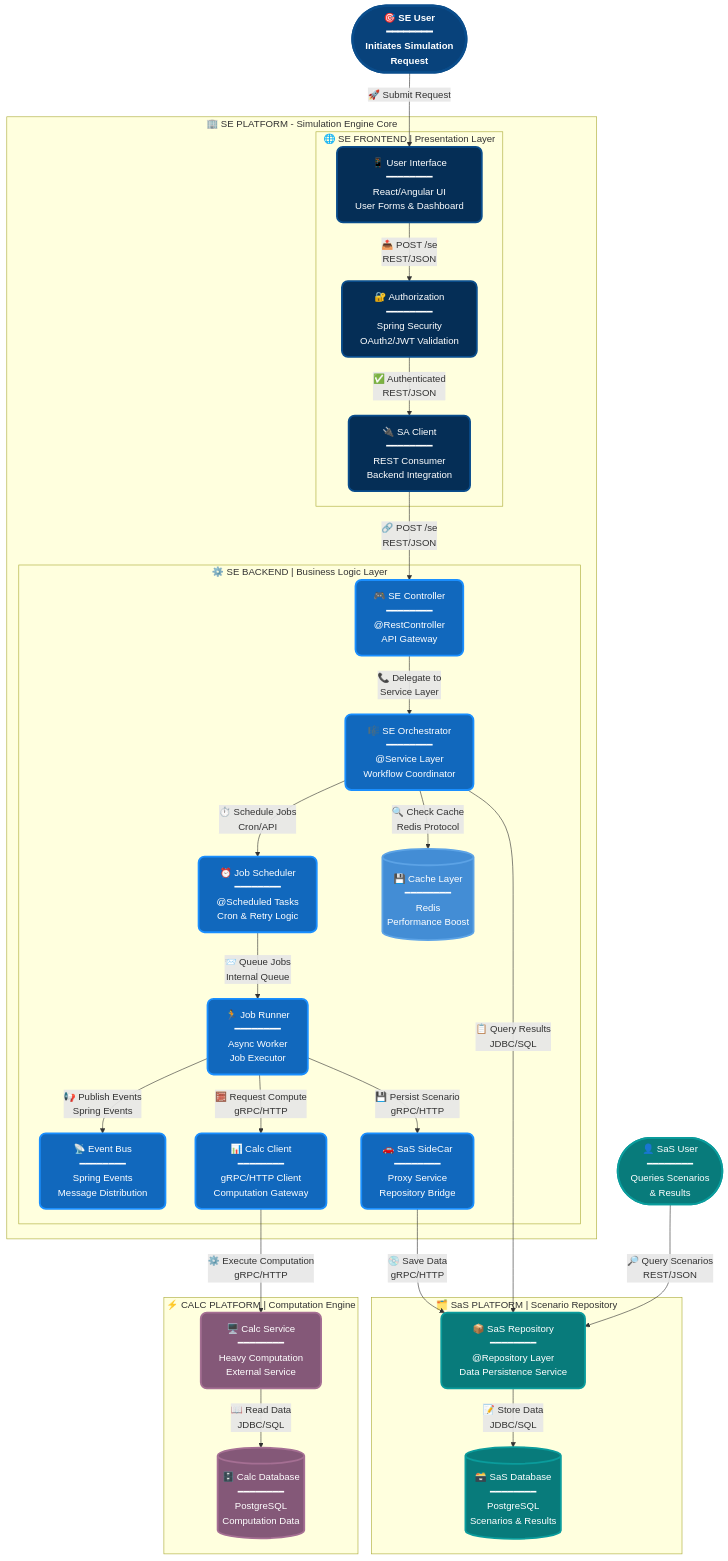
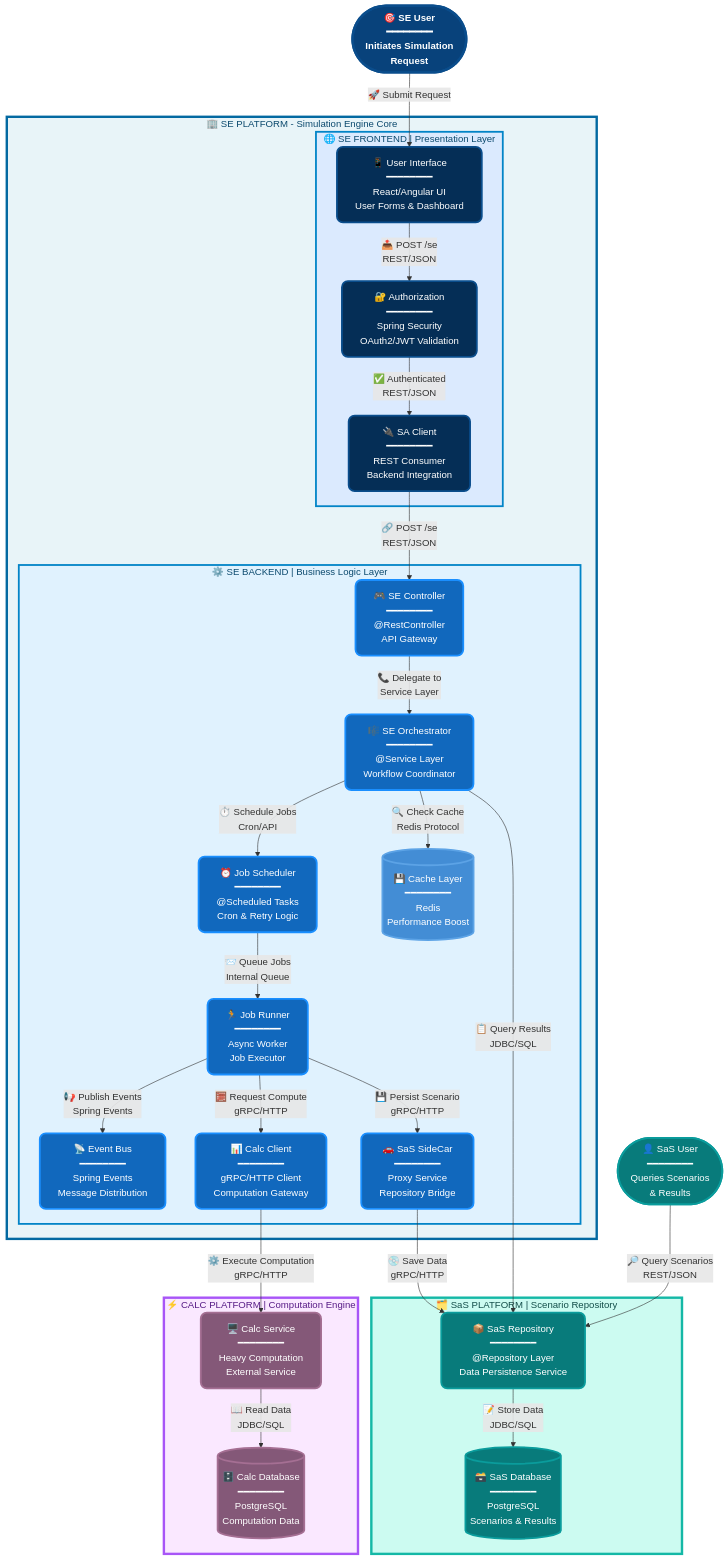
Before and after one commit to tijapavicic/chronos: the diagram in docs/mermaid/se-flow-lvl-2.mmd, drawn with Mermaid. The commit also changed 3 other files, not shown here.

Commit message:
change subgraph background in mermaid flow diagram

```diff
--- a/docs/mermaid/se-flow-lvl-2.mmd
+++ b/docs/mermaid/se-flow-lvl-2.mmd
@@ -1,94 +1,104 @@
 flowchart TB
 %% ============================================================================
 %% SE PLATFORM ARCHITECTURE - LEVEL 2 DETAILED VIEW
 %% ============================================================================
 %% Modern, professional styling with enhanced visual hierarchy
 %% ============================================================================
 
 %% Define professional color palette with gradients and shadows
     classDef frontendPallete fill:#052E56,stroke:#0a4d8c,stroke-width:3px,color:#fff,stroke-dasharray:0,rx:10,ry:10
     classDef personSe fill:#08427b,stroke:#0a4d8c,stroke-width:4px,color:#fff,rx:15,ry:15,font-weight:bold
     classDef sasPallete fill:#087b7b,stroke:#0a9c9c,stroke-width:3px,color:#fff,rx:10,ry:10
     classDef container fill:#1168bd,stroke:#1a8fff,stroke-width:3px,color:#fff,rx:10,ry:10
     classDef database fill:#438dd5,stroke:#5ca3e6,stroke-width:3px,color:#fff,rx:10,ry:10
     classDef external fill:#845878,stroke:#a56f93,stroke-width:3px,color:#fff,rx:10,ry:10
     classDef platformBox fill:#f8f9fa,stroke:#495057,stroke-width:4px,color:#212529,rx:15,ry:15
     classDef sectionBox fill:#e9ecef,stroke:#6c757d,stroke-width:3px,color:#212529,rx:12,ry:12
 
 %% ============================================================================
 %% ACTORS & USERS
 %% ============================================================================
     user([🎯 SE User<br/>━━━━━━━━<br/>Initiates Simulation<br/>Request]):::personSe
 %% ============================================================================
 %% SE PLATFORM - INTERNAL ARCHITECTURE
 %% ============================================================================
     subgraph sePlatform["🏢 SE PLATFORM - Simulation Engine Core"]
 
         subgraph seFrontend["🌐 SE FRONTEND | Presentation Layer"]
             UI["📱 User Interface<br/>━━━━━━━━<br/>React/Angular UI<br/>User Forms & Dashboard"]:::frontendPallete
             authZ["🔐 Authorization<br/>━━━━━━━━<br/>Spring Security<br/>OAuth2/JWT Validation"]:::frontendPallete
             saClient["🔌 SA Client<br/>━━━━━━━━<br/>REST Consumer<br/>Backend Integration"]:::frontendPallete
         end
 
         subgraph seBackend["⚙️ SE BACKEND | Business Logic Layer"]
             apiController["🎮 SE Controller<br/>━━━━━━━━<br/>@RestController<br/>API Gateway"]:::container
             orchestrator["🎼 SE Orchestrator<br/>━━━━━━━━<br/>@Service Layer<br/>Workflow Coordinator"]:::container
             jobScheduler["⏰ Job Scheduler<br/>━━━━━━━━<br/>@Scheduled Tasks<br/>Cron & Retry Logic"]:::container
             jobRunner["🏃 Job Runner<br/>━━━━━━━━<br/>Async Worker<br/>Job Executor"]:::container
             calcClient["📊 Calc Client<br/>━━━━━━━━<br/>gRPC/HTTP Client<br/>Computation Gateway"]:::container
             sasSideCar["🚗 SaS SideCar<br/>━━━━━━━━<br/>Proxy Service<br/>Repository Bridge"]:::container
             eventBus["📡 Event Bus<br/>━━━━━━━━<br/>Spring Events<br/>Message Distribution"]:::container
             cache[("💾 Cache Layer<br/>━━━━━━━━<br/>Redis<br/>Performance Boost")]:::database
         end
     end
 
+%% Apply custom subgraph styling
+    style sePlatform fill:#e8f4f8,stroke:#0369a1,stroke-width:4px,color:#0c4a6e
+    style seFrontend fill:#dbeafe,stroke:#0284c7,stroke-width:3px,color:#0c4a6e
+    style seBackend fill:#e0f2fe,stroke:#0284c7,stroke-width:3px,color:#0c4a6e
 
 %% ============================================================================
 %% EXTERNAL SYSTEMS - CALC PLATFORM
 %% ============================================================================
     subgraph calcSection["⚡ CALC PLATFORM | Computation Engine"]
         calcServer["🖥️ Calc Service<br/>━━━━━━━━<br/>Heavy Computation<br/>External Service"]:::external
         calcDb[("🗄️ Calc Database<br/>━━━━━━━━<br/>PostgreSQL<br/>Computation Data")]:::external
     end
+
+%% Apply calc platform styling
+    style calcSection fill:#fae8ff,stroke:#a855f7,stroke-width:4px,color:#581c87
 
 %% ============================================================================
 %% EXTERNAL SYSTEMS - SaS PLATFORM
 %% ============================================================================
     userSas([👤 SaS User<br/>━━━━━━━━<br/>Queries Scenarios<br/>& Results]):::sasPallete
 
     subgraph sasSection["🗂️ SaS PLATFORM | Scenario Repository"]
         sasRepo["📦 SaS Repository<br/>━━━━━━━━<br/>@Repository Layer<br/>Data Persistence Service"]:::sasPallete
         sasDb[("🗃️ SaS Database<br/>━━━━━━━━<br/>PostgreSQL<br/>Scenarios & Results")]:::sasPallete
     end
+
+%% Apply SaS platform styling
+    style sasSection fill:#ccfbf1,stroke:#14b8a6,stroke-width:4px,color:#134e4a
 
 
 %% ============================================================================
 %% DATA FLOWS & RELATIONSHIPS
 %% ============================================================================
 
 %% Frontend Flow
     user -->|"🚀 Submit Request"| UI
     UI -->|"📤 POST /se<br/>REST/JSON"| authZ
     authZ -->|"✅ Authenticated<br/>REST/JSON"| saClient
     saClient -->|"🔗 POST /se<br/>REST/JSON"| apiController
 
 %% Backend Orchestration Flow
     apiController -->|"📞 Delegate to<br/>Service Layer"| orchestrator
     orchestrator -->|"⏱️ Schedule Jobs<br/>Cron/API"| jobScheduler
     orchestrator -->|"🔍 Check Cache<br/>Redis Protocol"| cache
     orchestrator -->|"📋 Query Results<br/>JDBC/SQL"| sasRepo
 
 %% Job Execution Flow
     jobScheduler -->|"📨 Queue Jobs<br/>Internal Queue"| jobRunner
     jobRunner -->|"📢 Publish Events<br/>Spring Events"| eventBus
     jobRunner -->|"🧮 Request Compute<br/>gRPC/HTTP"| calcClient
     jobRunner -->|"💾 Persist Scenario<br/>gRPC/HTTP"| sasSideCar
 
 %% External Integration Flow
     calcClient -->|"⚙️ Execute Computation<br/>gRPC/HTTP"| calcServer
     calcServer -->|"📖 Read Data<br/>JDBC/SQL"| calcDb
     sasSideCar -->|"💿 Save Data<br/>gRPC/HTTP"| sasRepo
     sasRepo -->|"📝 Store Data<br/>JDBC/SQL"| sasDb
 
 %% Direct SaS Access
     userSas -->|"🔎 Query Scenarios<br/>REST/JSON"| sasRepo
```
